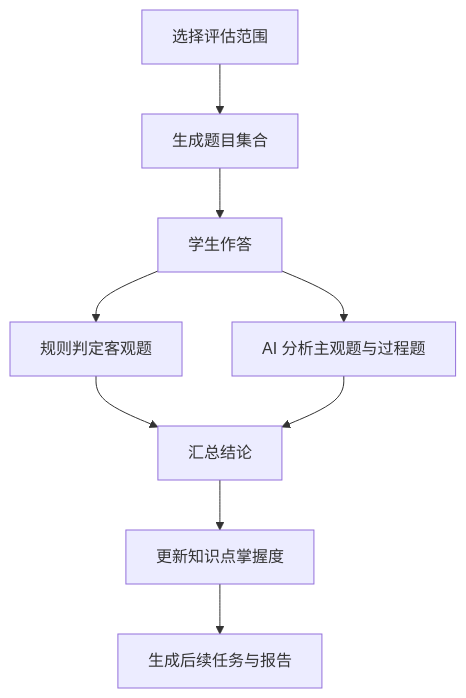
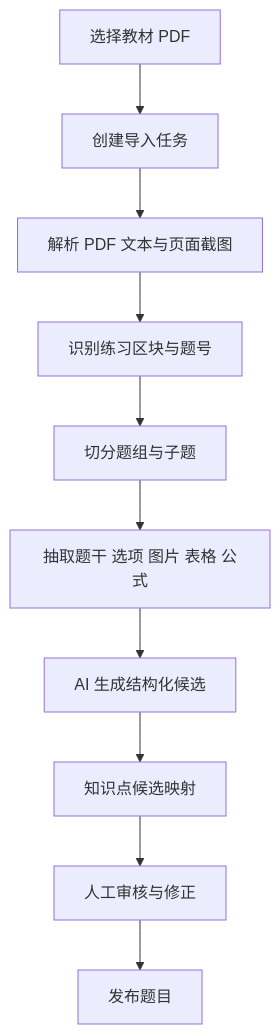
Before and after one commit to angelash/StudyAgent: the second of 3 diagrams in doc/2026-小学学习闭环系统-Web详细设计.md, drawn with Mermaid. The commit also changed other lines of this file and 8 other files, not shown here.

````diff
--- a/doc/2026-小学学习闭环系统-Web详细设计.md
+++ b/doc/2026-小学学习闭环系统-Web详细设计.md
@@ -462,11 +231,12 @@
 ```mermaid
 flowchart TD
-    A[选择评估范围] --> B[生成题目集合]
-    B --> C[学生作答]
-    C --> D[规则判定客观题]
-    C --> E[AI 分析主观题与过程题]
-    D --> F[汇总结论]
-    E --> F
-    F --> G[更新知识点掌握度]
-    G --> H[生成后续任务与报告]
+    A[选择教材 PDF] --> B[创建导入任务]
+    B --> C[解析 PDF 文本与页面截图]
+    C --> D[识别练习区块与题号]
+    D --> E[切分题组与子题]
+    E --> F[抽取题干 选项 图片 表格 公式]
+    F --> G[AI 生成结构化候选]
+    G --> H[知识点候选映射]
+    H --> I[人工审核与修正]
+    I --> J[发布题目]
 ```
````
